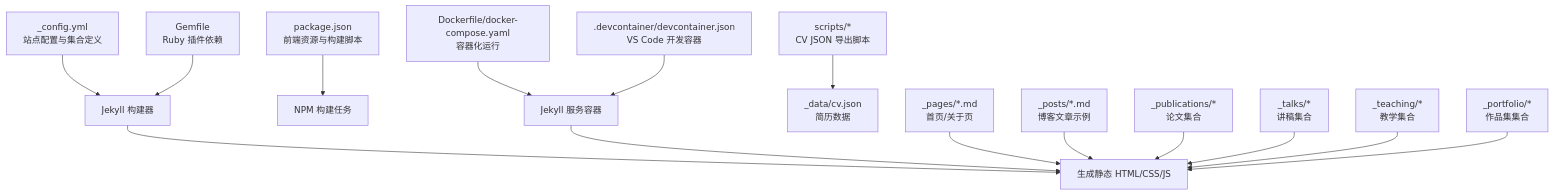
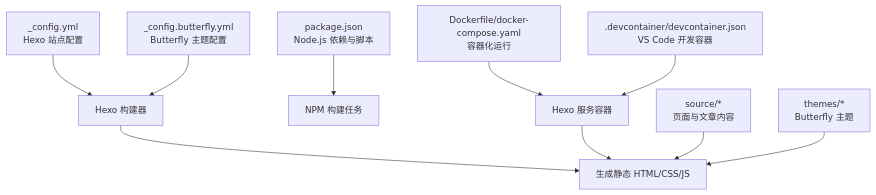
Before and after one commit to CoolPig0720/CoolPig0720.github.io: the first of 3 diagrams in .qoder/repowiki/zh/content/快速开始.md, drawn with Mermaid. The commit also changed other lines of this file and 36 other files, not shown here.

````diff
--- a/.qoder/repowiki/zh/content/快速开始.md
+++ b/.qoder/repowiki/zh/content/快速开始.md
@@ -48,17 +46,12 @@
 ```mermaid
 graph TB
-A["_config.yml<br/>站点配置与集合定义"] --> B["Jekyll 构建器"]
-C["Gemfile<br/>Ruby 插件依赖"] --> B
-D["package.json<br/>前端资源与构建脚本"] --> E["NPM 构建任务"]
+A["_config.yml<br/>Hexo 站点配置"] --> B["Hexo 构建器"]
+C["_config.butterfly.yml<br/>Butterfly 主题配置"] --> B
+D["package.json<br/>Node.js 依赖与脚本"] --> E["NPM 构建任务"]
 B --> F["生成静态 HTML/CSS/JS"]
-G["Dockerfile/docker-compose.yaml<br/>容器化运行"] --> H["Jekyll 服务容器"]
+G["Dockerfile/docker-compose.yaml<br/>容器化运行"] --> H["Hexo 服务容器"]
 H --> F
 I[".devcontainer/devcontainer.json<br/>VS Code 开发容器"] --> H
-J["scripts/*<br/>CV JSON 导出脚本"] --> K["_data/cv.json<br/>简历数据"]
-L["_pages/*.md<br/>首页/关于页"] --> F
-M["_posts/*.md<br/>博客文章示例"] --> F
-N["_publications/*<br/>论文集合"] --> F
-O["_talks/*<br/>讲稿集合"] --> F
-P["_teaching/*<br/>教学集合"] --> F
-Q["_portfolio/*<br/>作品集集合"] --> F
+J["source/*<br/>页面与文章内容"] --> F
+K["themes/*<br/>Butterfly 主题"] --> F
 ```
````
